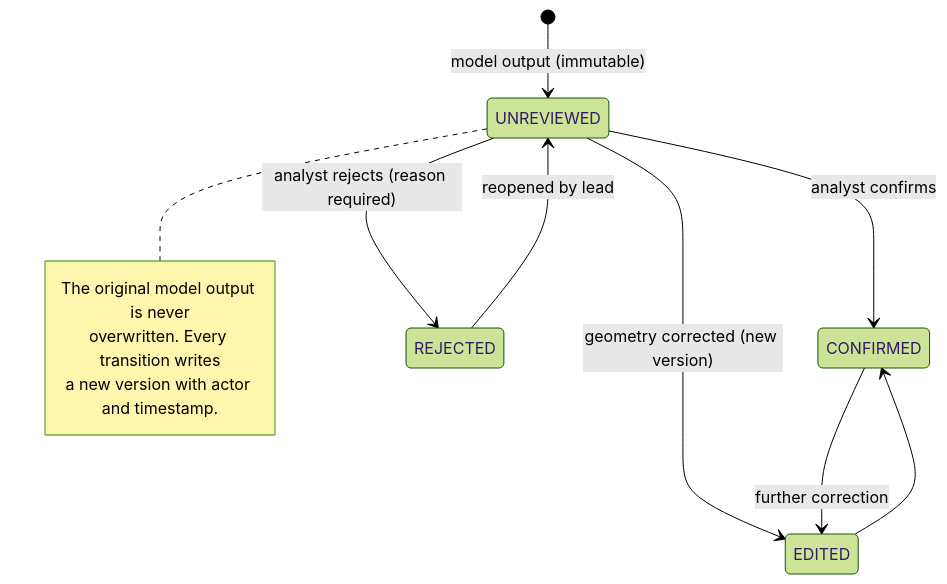
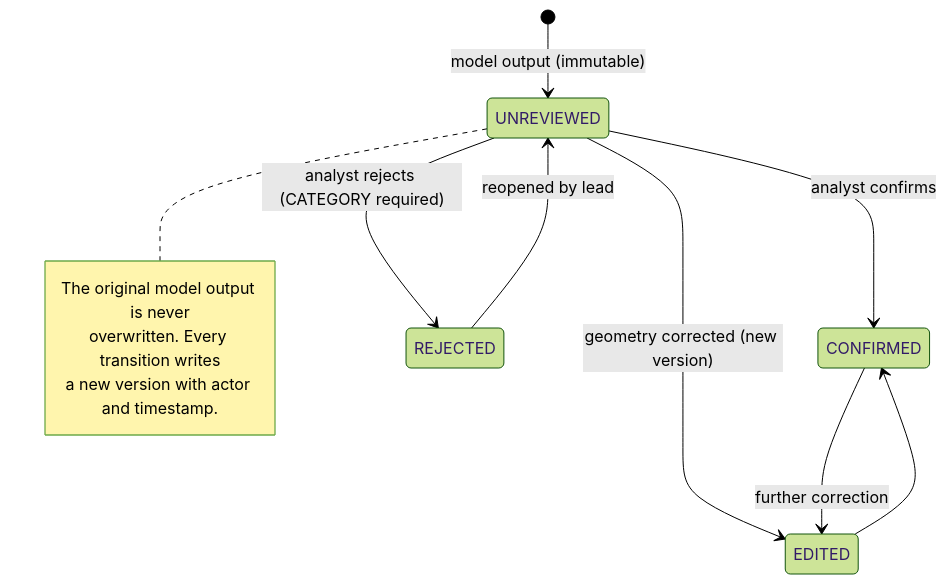
One commit to Ganu0310/Varuna-AI changed the eighth of 9 diagrams in doc/08_APP_FLOW.md. Above: the diagram before and after it, drawn with Mermaid (forest theme). The commit also changed other lines of this file and 34 other files, not shown here.

````diff
--- a/doc/08_APP_FLOW.md
+++ b/doc/08_APP_FLOW.md
@@ -321,15 +345,15 @@
 ```mermaid
 stateDiagram-v2
     [*] --> UNREVIEWED: model output (immutable)
     UNREVIEWED --> CONFIRMED: analyst confirms
-    UNREVIEWED --> REJECTED: analyst rejects (reason required)
+    UNREVIEWED --> REJECTED: analyst rejects (CATEGORY required)
     UNREVIEWED --> EDITED: geometry corrected (new version)
     EDITED --> CONFIRMED
     CONFIRMED --> EDITED: further correction
     REJECTED --> UNREVIEWED: reopened by lead
     note right of UNREVIEWED
         The original model output is never
         overwritten. Every transition writes
         a new version with actor and timestamp.
     end note
 ```
````
